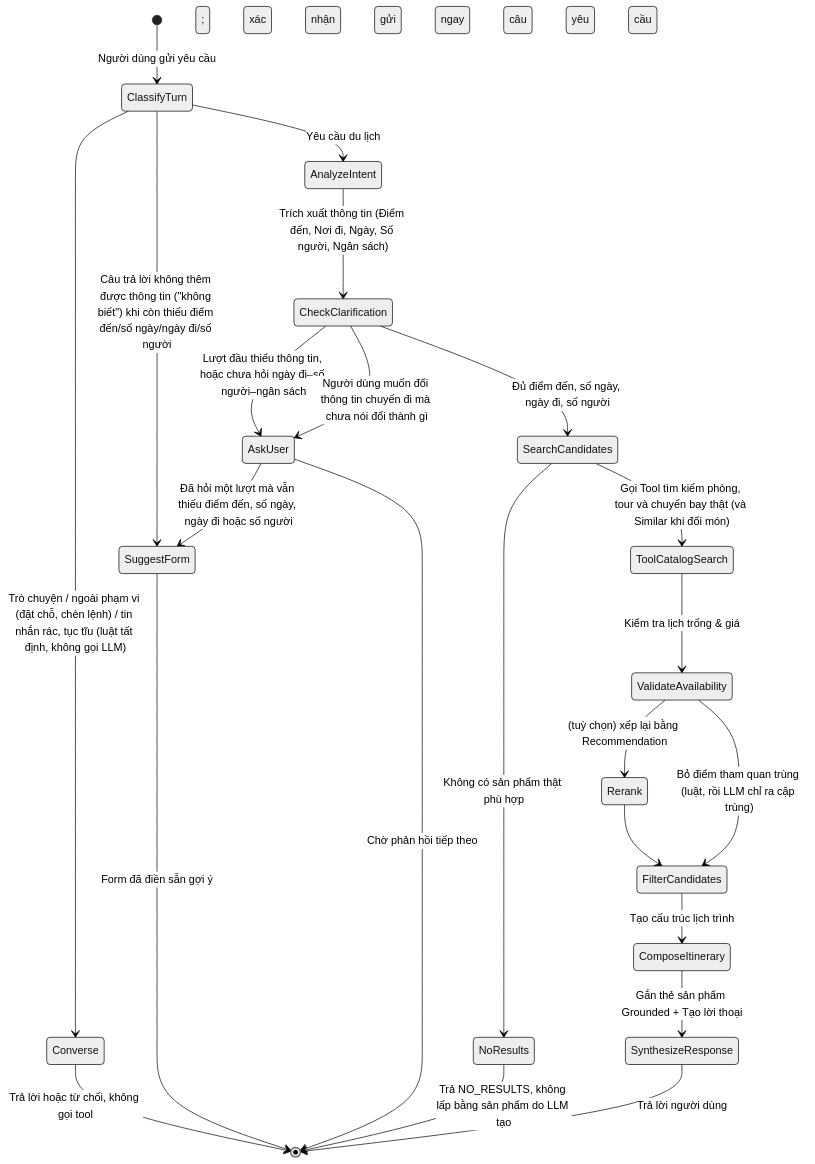
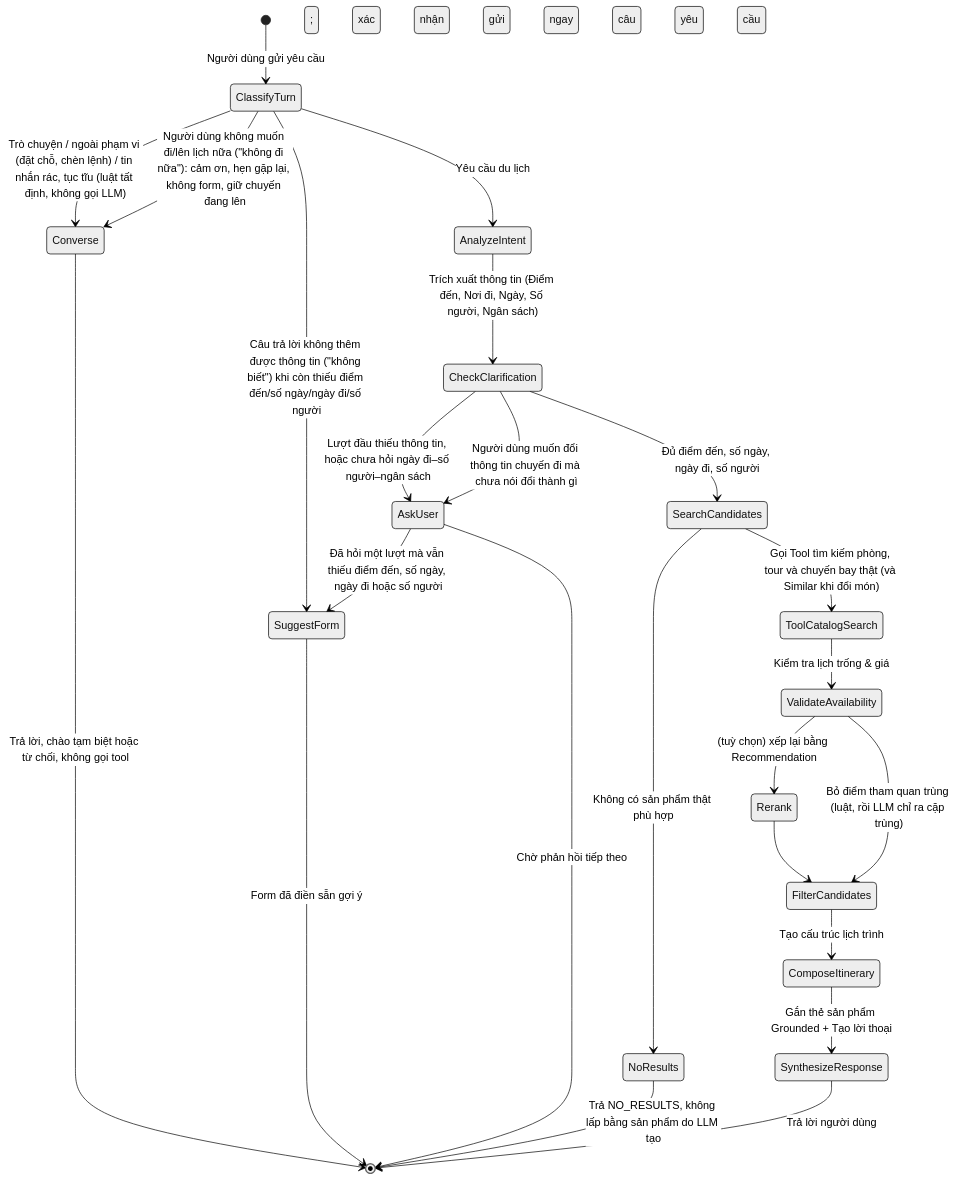
One commit to NguyenNhat4/Travel-Recommend-System changed the second of 2 diagrams in docs/prd/architecture.md. Above: the diagram before and after it, drawn with Mermaid (neutral theme). The commit also changed 27 other files, not shown here.

````diff
--- a/docs/prd/architecture.md
+++ b/docs/prd/architecture.md
@@ -173,28 +173,29 @@
 ```mermaid
 stateDiagram-v2
     [*] --> ClassifyTurn: Người dùng gửi yêu cầu
     ClassifyTurn --> Converse: Trò chuyện / ngoài phạm vi (đặt chỗ, chèn lệnh) / tin nhắn rác, tục tĩu (luật tất định, không gọi LLM)
-    Converse --> [*]: Trả lời hoặc từ chối, không gọi tool
+    ClassifyTurn --> Converse: Người dùng không muốn đi/lên lịch nữa ("không đi nữa"): cảm ơn, hẹn gặp lại, không form, giữ chuyến đang lên
+    Converse --> [*]: Trả lời, chào tạm biệt hoặc từ chối, không gọi tool
     ClassifyTurn --> AnalyzeIntent: Yêu cầu du lịch
     ClassifyTurn --> SuggestForm: Câu trả lời không thêm được thông tin ("không biết") khi còn thiếu điểm đến/số ngày/ngày đi/số người
     AnalyzeIntent --> CheckClarification: Trích xuất thông tin (Điểm đến, Nơi đi, Ngày, Số người, Ngân sách)
     
     CheckClarification --> AskUser: Lượt đầu thiếu thông tin, hoặc chưa hỏi ngày đi–số người–ngân sách
     CheckClarification --> AskUser: Người dùng muốn đổi thông tin chuyến đi mà chưa nói đổi thành gì
     AskUser --> SuggestForm: Đã hỏi một lượt mà vẫn thiếu điểm đến, số ngày, ngày đi hoặc số người
     SuggestForm --> [*]: Form đã điền sẵn gợi ý; xác nhận gửi ngay câu yêu cầu
     AskUser --> [*]: Chờ phản hồi tiếp theo
     
     CheckClarification --> SearchCandidates: Đủ điểm đến, số ngày, ngày đi, số người
     SearchCandidates --> ToolCatalogSearch: Gọi Tool tìm kiếm phòng, tour và chuyến bay thật (và Similar khi đổi món)
     ToolCatalogSearch --> ValidateAvailability: Kiểm tra lịch trống & giá
     
     SearchCandidates --> NoResults: Không có sản phẩm thật phù hợp
     NoResults --> [*]: Trả NO_RESULTS, không lấp bằng sản phẩm do LLM tạo
     ValidateAvailability --> Rerank: (tuỳ chọn) xếp lại bằng Recommendation
     Rerank --> FilterCandidates
     ValidateAvailability --> FilterCandidates: Bỏ điểm tham quan trùng (luật, rồi LLM chỉ ra cặp trùng)
     FilterCandidates --> ComposeItinerary: Tạo cấu trúc lịch trình
     ComposeItinerary --> SynthesizeResponse: Gắn thẻ sản phẩm Grounded + Tạo lời thoại
     SynthesizeResponse --> [*]: Trả lời người dùng
 ```
````
